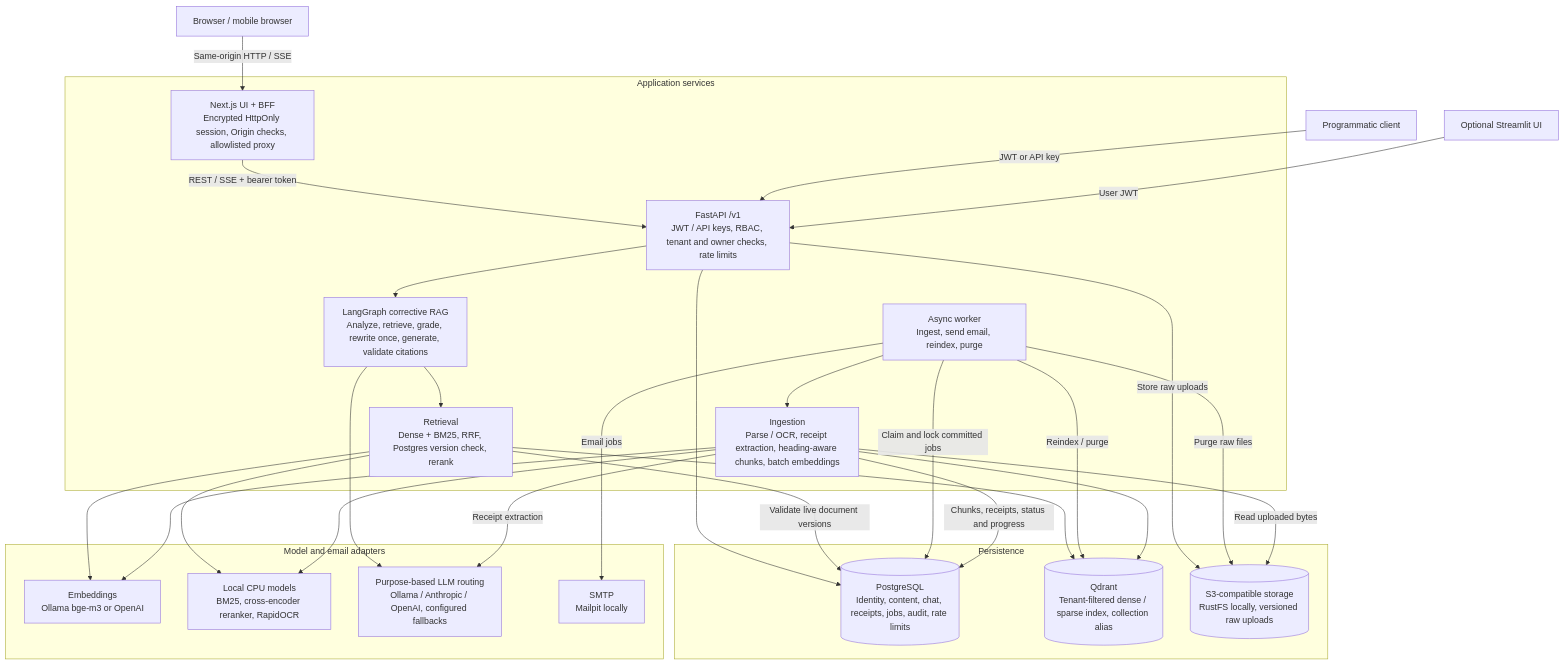
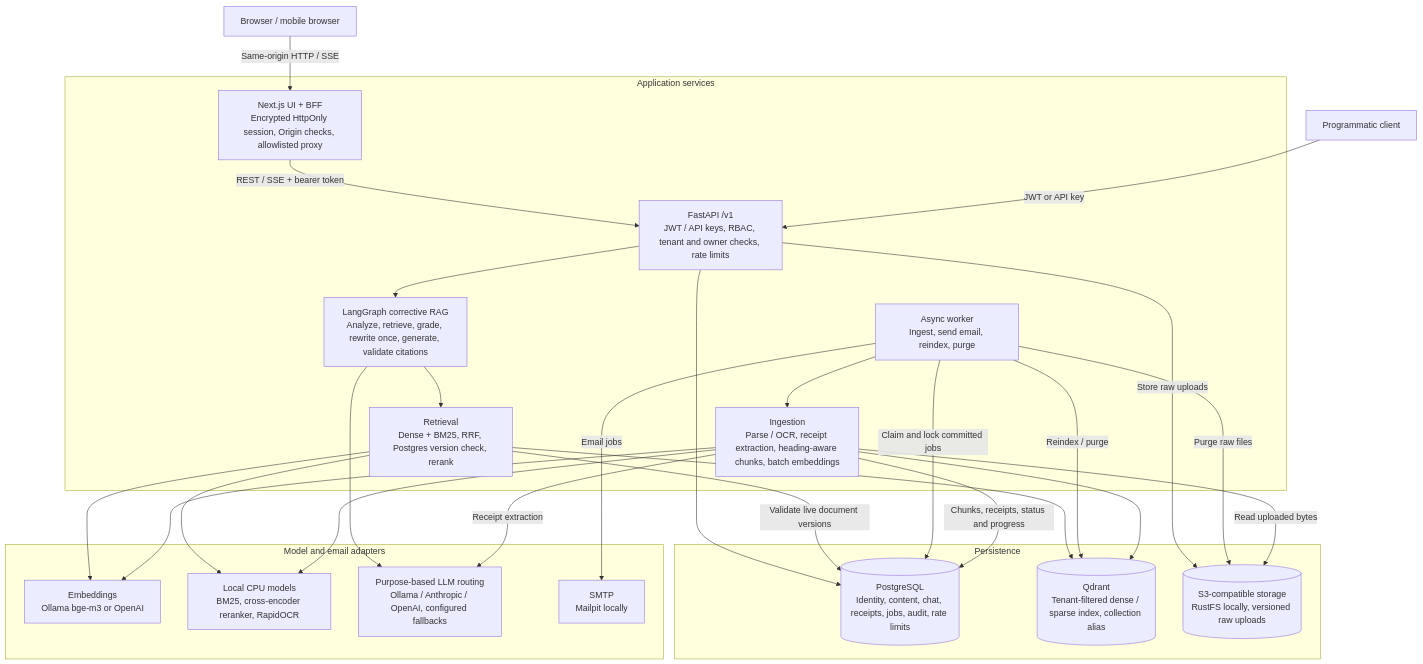
Before and after one commit to ekanatha-urivakili/rag-mvp: the first of 2 diagrams in README.md, drawn with Mermaid. The commit also changed other lines of this file and 75 other files, not shown here.

````diff
--- a/README.md
+++ b/README.md
@@ -90,49 +90,47 @@
 ```mermaid
 flowchart TB
     browser["Browser / mobile browser"]
     client["Programmatic client"]
-    legacy["Optional Streamlit UI"]
     subgraph application["Application services"]
         web["Next.js UI + BFF<br/>Encrypted HttpOnly session, Origin checks, allowlisted proxy"]
         api["FastAPI /v1<br/>JWT / API keys, RBAC, tenant and owner checks, rate limits"]
         ragGraph["LangGraph corrective RAG<br/>Analyze, retrieve, grade, rewrite once, generate, validate citations"]
         retrieval["Retrieval<br/>Dense + BM25, RRF, Postgres version check, rerank"]
         worker["Async worker<br/>Ingest, send email, reindex, purge"]
         ingest["Ingestion<br/>Parse / OCR, receipt extraction, heading-aware chunks, batch embeddings"]
     end
     subgraph persistence["Persistence"]
         pg[("PostgreSQL<br/>Identity, content, chat, receipts, jobs, audit, rate limits")]
         vectors[("Qdrant<br/>Tenant-filtered dense / sparse index, collection alias")]
         storage[("S3-compatible storage<br/>RustFS locally, versioned raw uploads")]
     end
     subgraph providers["Model and email adapters"]
         embed["Embeddings<br/>Ollama bge-m3 or OpenAI"]
         local["Local CPU models<br/>BM25, cross-encoder reranker, RapidOCR"]
         llm["Purpose-based LLM routing<br/>Ollama / Anthropic / OpenAI, configured fallbacks"]
         smtp["SMTP<br/>Mailpit locally"]
     end
     browser -->|"Same-origin HTTP / SSE"| web
     web -->|"REST / SSE + bearer token"| api
     client -->|"JWT or API key"| api
-    legacy -->|"User JWT"| api
     api --> pg
     api -->|"Store raw uploads"| storage
     api --> ragGraph
     ragGraph --> retrieval
     ragGraph --> llm
     retrieval --> embed
     retrieval --> local
     retrieval --> vectors
     retrieval -->|"Validate live document versions"| pg
     worker -->|"Claim and lock committed jobs"| pg
     worker --> ingest
     worker -->|"Email jobs"| smtp
     worker -->|"Reindex / purge"| vectors
     worker -->|"Purge raw files"| storage
     ingest -->|"Read uploaded bytes"| storage
     ingest --> local
     ingest -->|"Receipt extraction"| llm
     ingest --> embed
     ingest --> vectors
     ingest -->|"Chunks, receipts, status and progress"| pg
 ```
````
